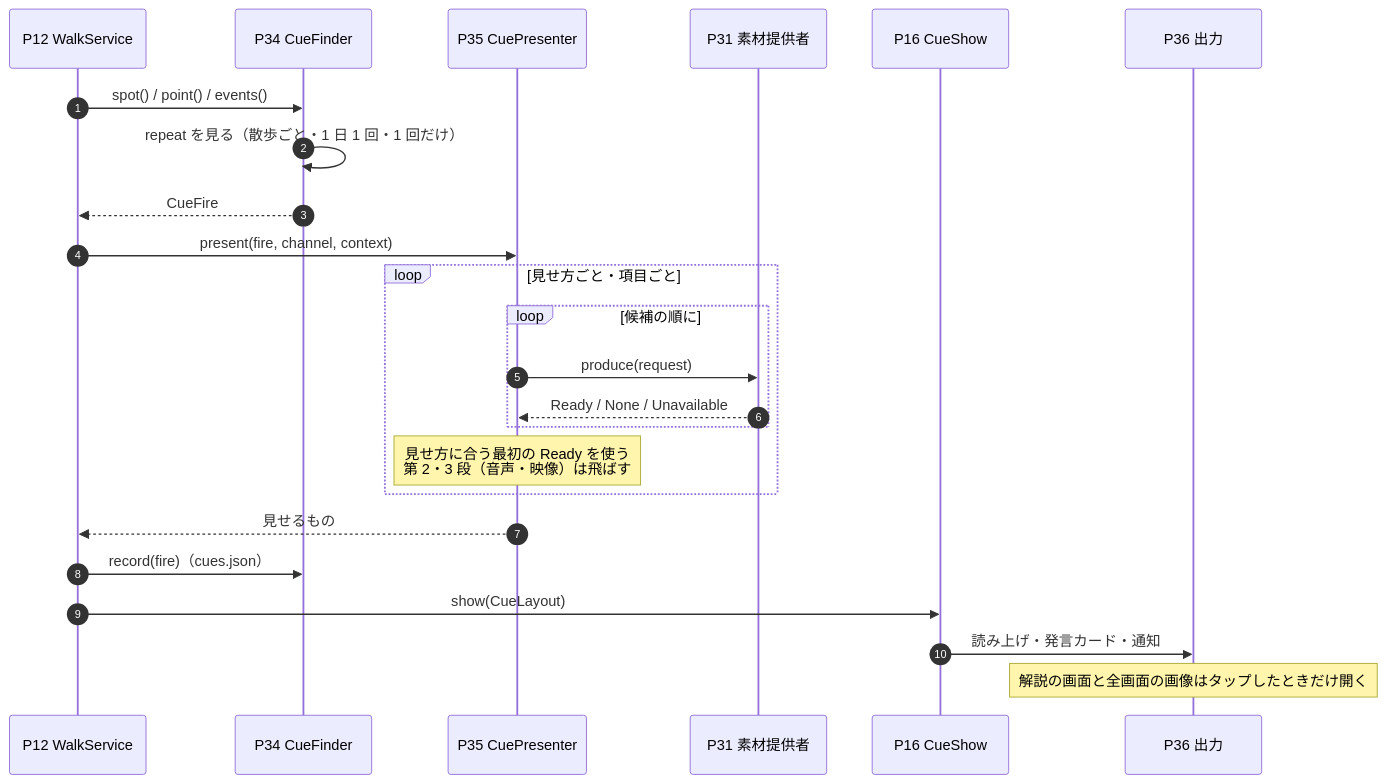
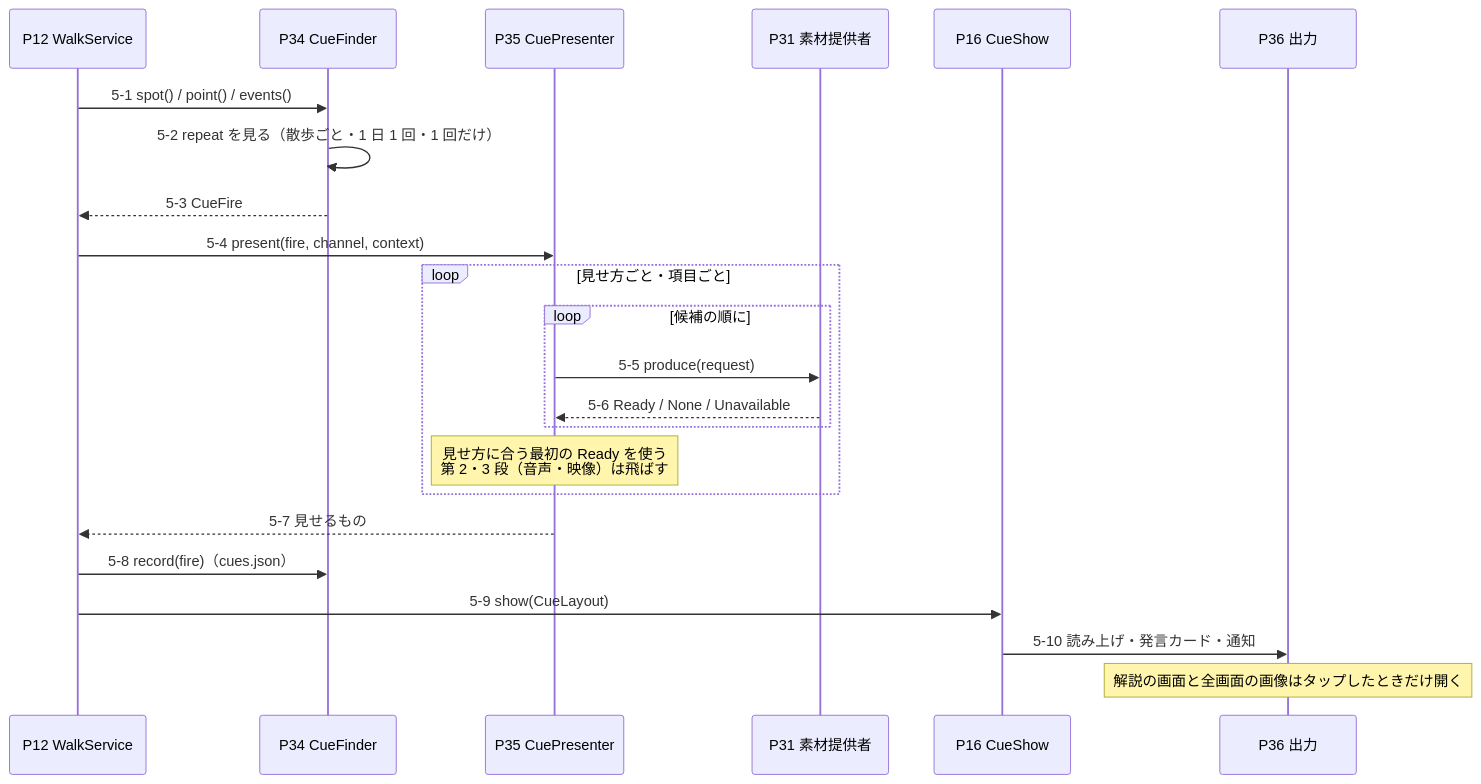
The fifth of 9 diagrams in docs/sequences.md (duwenji/yorisoi-sanpoguide), drawn with Mermaid before and after one commit. The commit also changed other lines of this file, not shown here.

First line of the commit message:
docs: write the step numbers into the sequence diagrams

````diff
--- a/docs/sequences.md
+++ b/docs/sequences.md
@@ -344,27 +340,26 @@
 ```mermaid
 sequenceDiagram
-  autonumber
   participant WS as P12 WalkService
   participant Find as P34 CueFinder
   participant Pres as P35 CuePresenter
   participant P as P31 素材提供者
   participant Show as P16 CueShow
   participant Out as P36 出力
 
-  WS->>Find: spot() / point() / events()
-  Find->>Find: repeat を見る（散歩ごと・1 日 1 回・1 回だけ）
-  Find-->>WS: CueFire
-  WS->>Pres: present(fire, channel, context)
+  WS->>Find: 5-1 spot() / point() / events()
+  Find->>Find: 5-2 repeat を見る（散歩ごと・1 日 1 回・1 回だけ）
+  Find-->>WS: 5-3 CueFire
+  WS->>Pres: 5-4 present(fire, channel, context)
   loop 見せ方ごと・項目ごと
     loop 候補の順に
-      Pres->>P: produce(request)
-      P-->>Pres: Ready / None / Unavailable
+      Pres->>P: 5-5 produce(request)
+      P-->>Pres: 5-6 Ready / None / Unavailable
     end
     Note over Pres: 見せ方に合う最初の Ready を使う<br/>第 2・3 段（音声・映像）は飛ばす
   end
-  Pres-->>WS: 見せるもの
-  WS->>Find: record(fire)（cues.json）
-  WS->>Show: show(CueLayout)
-  Show->>Out: 読み上げ・発言カード・通知
+  Pres-->>WS: 5-7 見せるもの
+  WS->>Find: 5-8 record(fire)（cues.json）
+  WS->>Show: 5-9 show(CueLayout)
+  Show->>Out: 5-10 読み上げ・発言カード・通知
   Note over Out: 解説の画面と全画面の画像はタップしたときだけ開く
 ```
````
